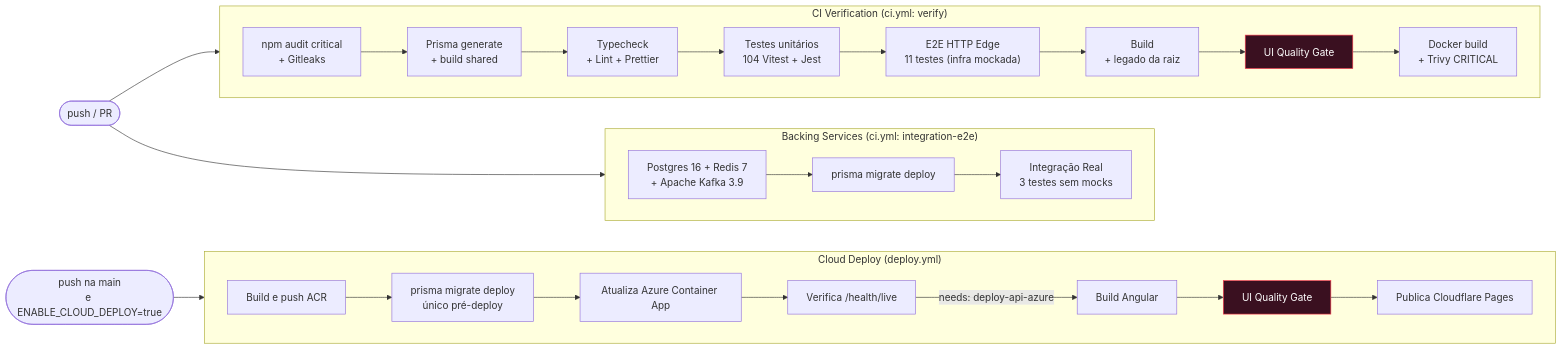
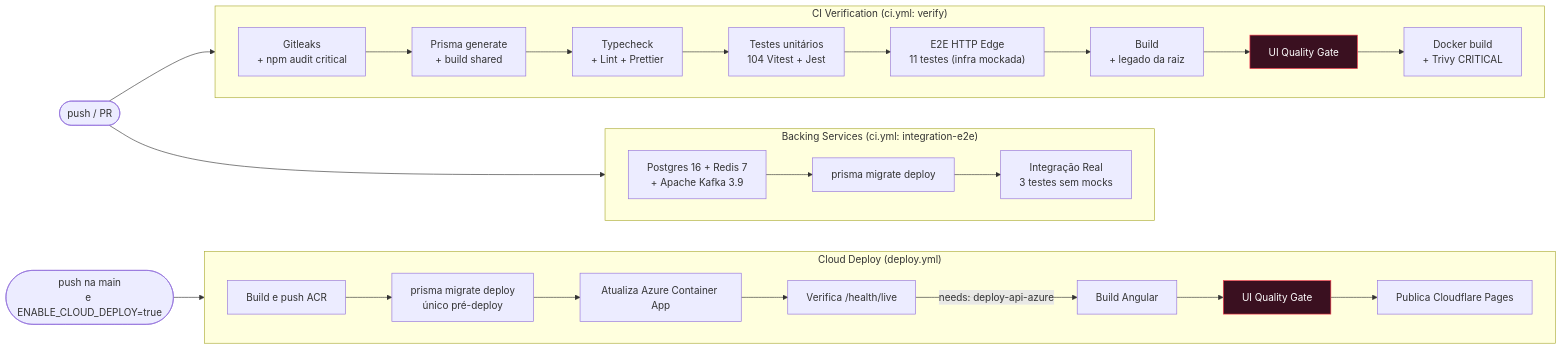
The eighth of 12 diagrams in README.md (Digooow/pokedex-frontend), drawn with Mermaid before and after one commit. The commit also changed other lines of this file and 6 other files, not shown here.

````diff
--- a/README.md
+++ b/README.md
@@ -471,31 +471,31 @@
 ```mermaid
 flowchart LR
   push(["push / PR"]) --> v
   push --> integ
 
   subgraph v["CI Verification (ci.yml: verify)"]
     direction LR
-    s0["npm audit critical<br/>+ Gitleaks"] --> s1["Prisma generate<br/>+ build shared"] --> s2["Typecheck<br/>+ Lint + Prettier"]
+    s0["Gitleaks<br/>+ npm audit critical"] --> s1["Prisma generate<br/>+ build shared"] --> s2["Typecheck<br/>+ Lint + Prettier"]
     s2 --> s4["Testes unitários<br/>104 Vitest + Jest"]
     s4 --> s5["E2E HTTP Edge<br/>11 testes (infra mockada)"]
     s5 --> s6["Build<br/>+ legado da raiz"]
     s6 --> s7["UI Quality Gate"]
     s7 --> s8["Docker build<br/>+ Trivy CRITICAL"]
   end
 
   subgraph integ["Backing Services (ci.yml: integration-e2e)"]
     direction LR
     i1["Postgres 16 + Redis 7<br/>+ Apache Kafka 3.9"] --> i2["prisma migrate deploy"] --> i3["Integração Real<br/>3 testes sem mocks"]
   end
 
   push2(["push na main<br/>e ENABLE_CLOUD_DEPLOY=true"]) --> d
 
   subgraph d["Cloud Deploy (deploy.yml)"]
     direction LR
     a1["Build e push ACR"] --> a1b["prisma migrate deploy<br/>único pré-deploy"] --> a2["Atualiza Azure Container App"] --> a3["Verifica /health/live"]
     a3 -->|"needs: deploy-api-azure"| b1["Build Angular"] --> b2["UI Quality Gate"] --> b3["Publica Cloudflare Pages"]
   end
 
   classDef gate fill:#3a1020,stroke:#ff3b4e,color:#fff
   class s7,b2 gate
 ```
````
